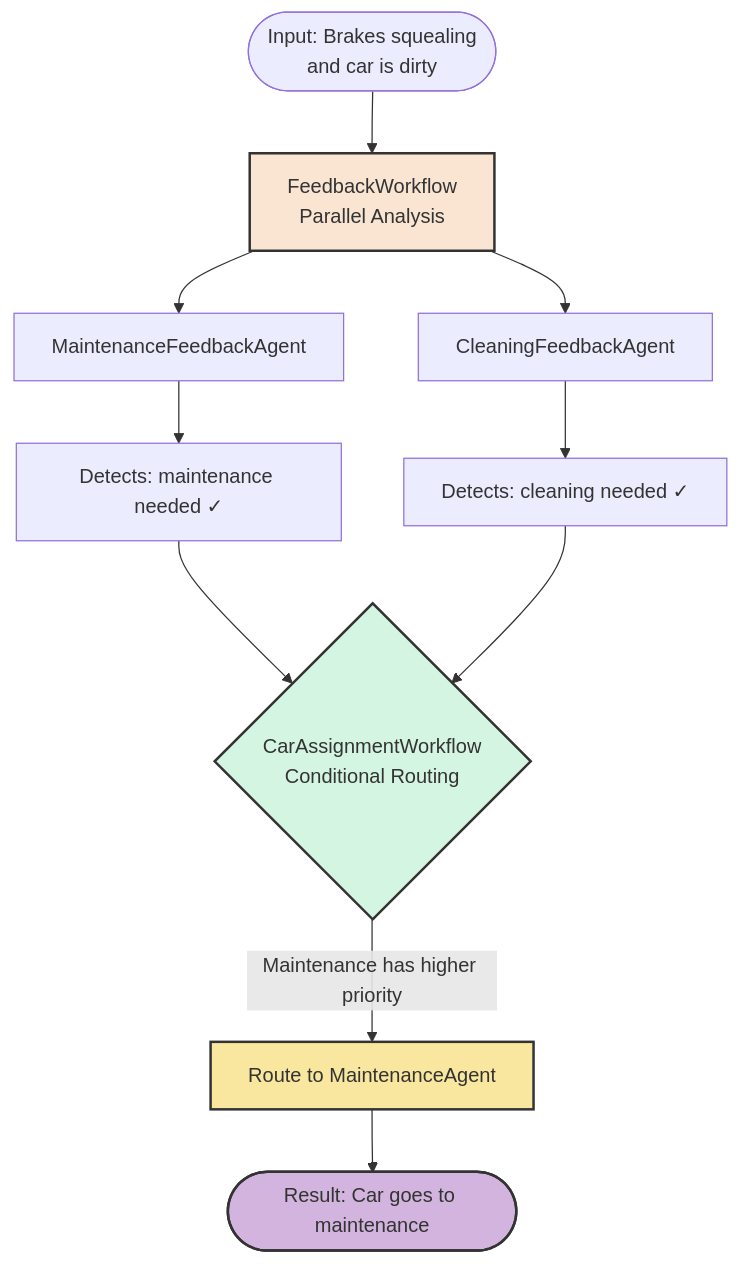
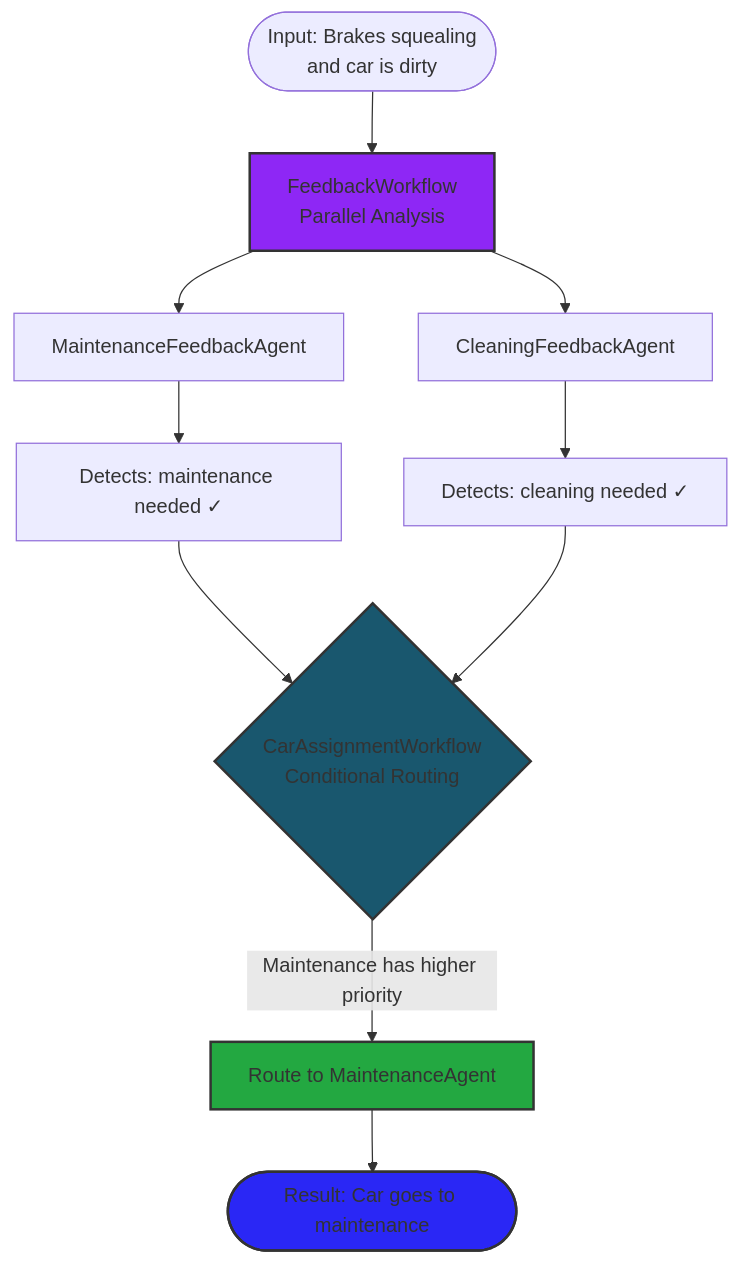
Before and after one commit to OpenLiberty/liberty-workshop-langchain4j: the fourth of 6 diagrams in docs/docs/section-2/step-03.md, drawn with Mermaid. The commit also changed other lines of this file and 12 other files, not shown here.

````diff
--- a/docs/docs/section-2/step-03.md
+++ b/docs/docs/section-2/step-03.md
@@ -236,23 +267,23 @@
 ```mermaid
 flowchart TD
     Start([Input: Brakes squealing <br>and car is dirty])
     
     Start --> FW[FeedbackWorkflow<br/>Parallel Analysis]
     
     FW --> MFA[MaintenanceFeedbackAgent]
     FW --> CFA[CleaningFeedbackAgent]
     
     MFA --> MR[Detects: maintenance needed ✓]
     CFA --> CR[Detects: cleaning needed ✓]
     
     MR --> CAW{CarAssignmentWorkflow<br/>Conditional Routing}
     CR --> CAW
     
     CAW -->|Maintenance has higher priority| MA[Route to MaintenanceAgent]
     MA --> Result([Result: Car goes to maintenance])
     
-    style FW fill:#FAE5D3,stroke:#333,stroke-width:2,color:#333
-    style CAW fill:#D5F5E3,stroke:#333,stroke-width:2,color:#333
-    style MA fill:#F9E79F,stroke:#333,stroke-width:2,color:#333
-    style Result fill:#D2B4DE,stroke:#333,stroke-width:2,color:#333
+    style FW fill:#8E27F5,stroke:#333,stroke-width:2,color:#333
+    style CAW fill:#19576E,stroke:#333,stroke-width:2,color:#333
+    style MA fill:#23A841,stroke:#333,stroke-width:2,color:#333
+    style Result fill:#2A27F5,stroke:#333,stroke-width:2,color:#333
 ```
````
